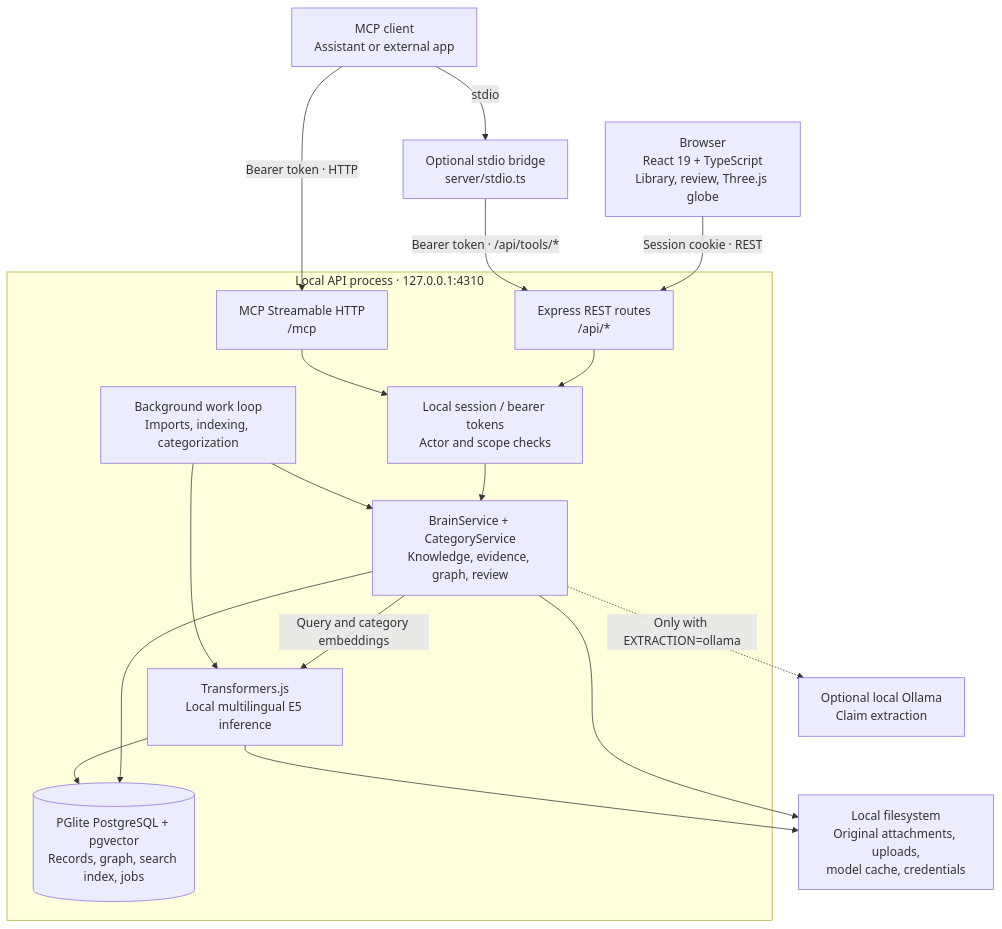
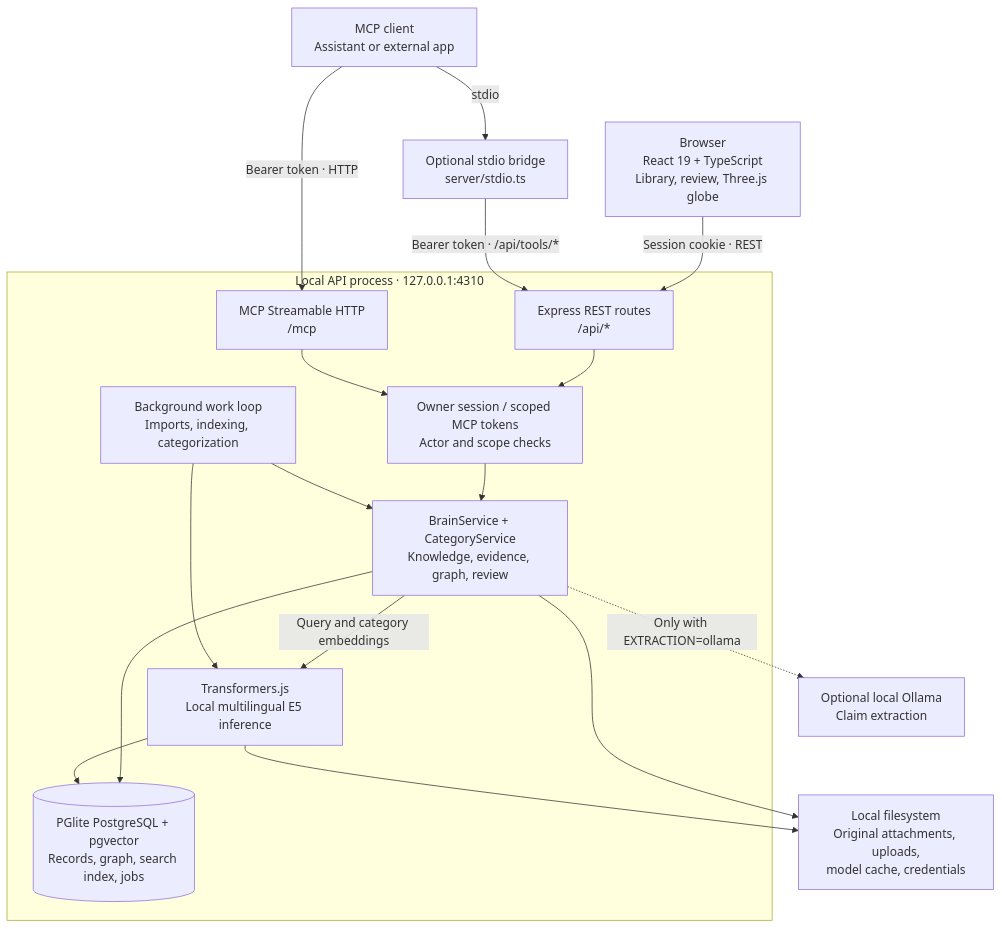
Before and after one commit to mattz1337/matts-second-brain: the first of 3 diagrams in README.md, drawn with Mermaid. The commit also changed other lines of this file and 72 other files, not shown here.

````diff
--- a/README.md
+++ b/README.md
@@ -149,35 +168,35 @@
 ```mermaid
 flowchart TB
   Browser["Browser<br/>React 19 + TypeScript<br/>Library, review, Three.js globe"]
   Client["MCP client<br/>Assistant or external app"]
   Bridge["Optional stdio bridge<br/>server/stdio.ts"]
 
   subgraph API["Local API process · 127.0.0.1:4310"]
     REST["Express REST routes<br/>/api/*"]
     MCP["MCP Streamable HTTP<br/>/mcp"]
-    Auth["Local session / bearer tokens<br/>Actor and scope checks"]
+    Auth["Owner session / scoped MCP tokens<br/>Actor and scope checks"]
     Service["BrainService + CategoryService<br/>Knowledge, evidence, graph, review"]
     Worker["Background work loop<br/>Imports, indexing, categorization"]
     Model["Transformers.js<br/>Local multilingual E5 inference"]
     DB[("PGlite PostgreSQL + pgvector<br/>Records, graph, search index, jobs")]
   end
 
   Files["Local filesystem<br/>Original attachments, uploads,<br/>model cache, credentials"]
   Ollama["Optional local Ollama<br/>Claim extraction"]
 
   Browser -->|"Session cookie · REST"| REST
   Client -->|"Bearer token · HTTP"| MCP
   Client -->|stdio| Bridge
   Bridge -->|"Bearer token · /api/tools/*"| REST
   REST --> Auth
   MCP --> Auth
   Auth --> Service
   Service --> DB
   Service --> Files
   Service -->|"Query and category embeddings"| Model
   Worker --> Service
   Worker --> Model
   Model --> DB
   Model --> Files
   Service -.->|"Only with EXTRACTION=ollama"| Ollama
 ```
````
